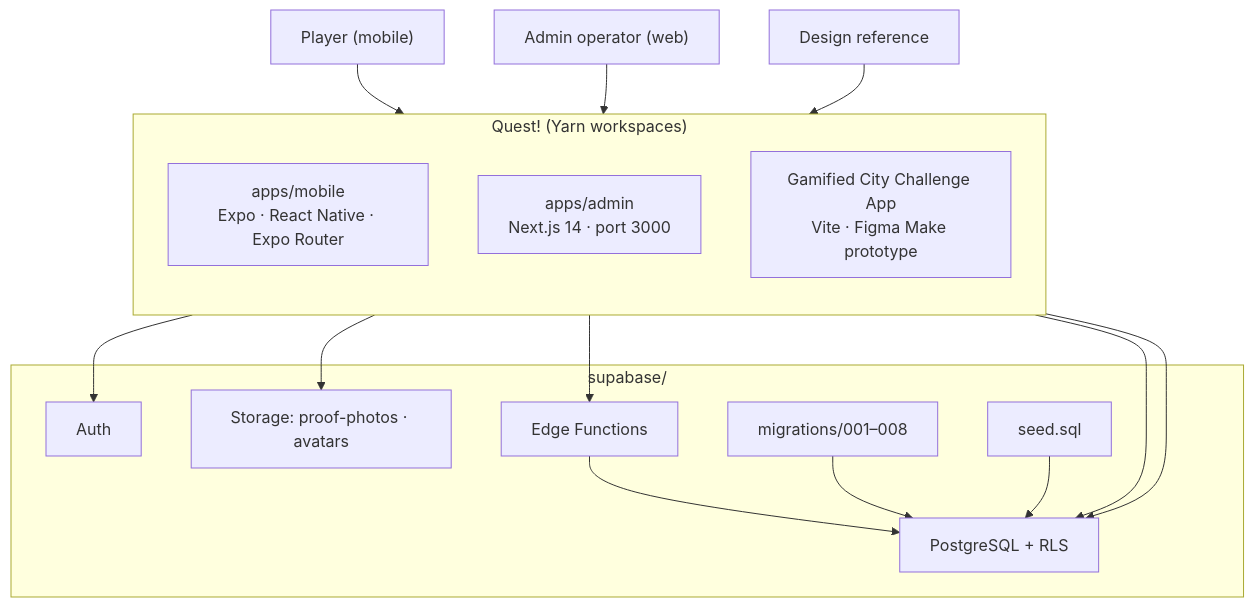
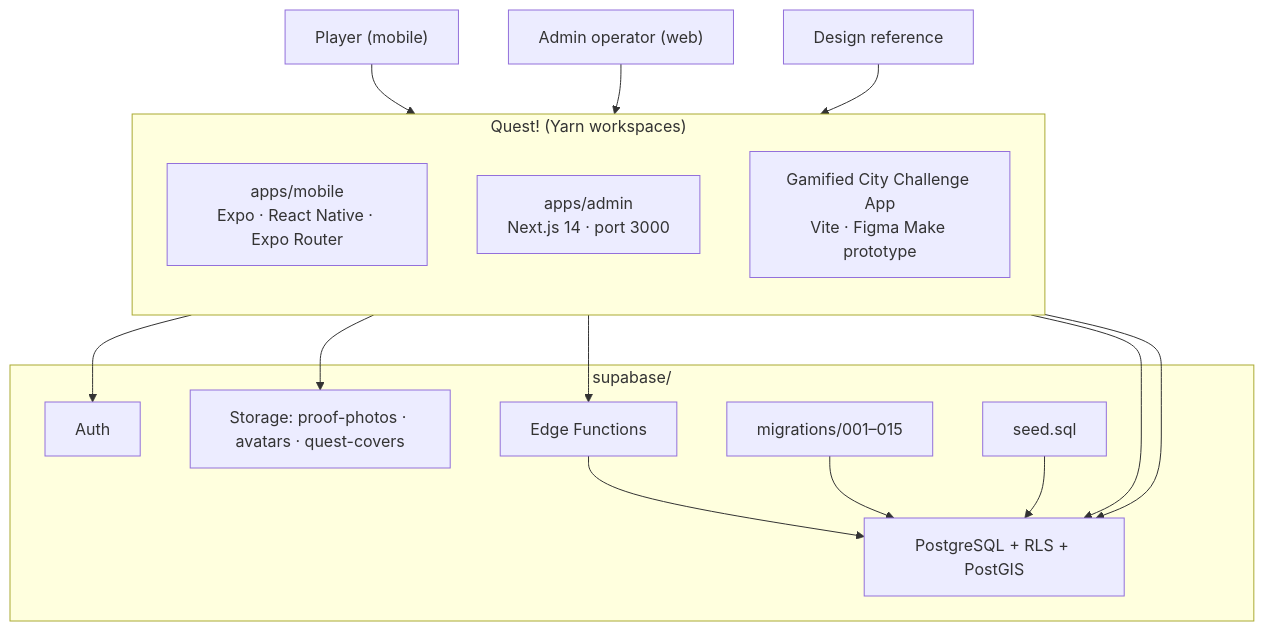
The first of 6 diagrams in ARCHITECTURE.md (Rahilyw/Quest), drawn with Mermaid before and after one commit. The commit also changed other lines of this file and 8 other files, not shown here.

````diff
--- a/ARCHITECTURE.md
+++ b/ARCHITECTURE.md
@@ -7,32 +7,32 @@
 ```mermaid
 flowchart TB
     subgraph Monorepo["Quest! (Yarn workspaces)"]
         direction TB
         Mobile["apps/mobile<br/>Expo · React Native · Expo Router"]
         Admin["apps/admin<br/>Next.js 14 · port 3000"]
         Prototype["Gamified City Challenge App<br/>Vite · Figma Make prototype"]
     end
 
     subgraph Supabase["supabase/"]
         Auth["Auth"]
-        DB["PostgreSQL + RLS"]
-        Storage["Storage: proof-photos · avatars"]
+        DB["PostgreSQL + RLS + PostGIS"]
+        Storage["Storage: proof-photos · avatars · quest-covers"]
         Edge["Edge Functions"]
-        Migrations["migrations/001–008"]
+        Migrations["migrations/001–015"]
         Seed["seed.sql"]
     end
 
     Player["Player (mobile)"] --> Mobile
     Operator["Admin operator (web)"] --> Admin
     Designer["Design reference"] --> Prototype
 
     Mobile --> Auth
     Mobile --> DB
     Mobile --> Storage
     Admin --> DB
     Admin --> Edge
 
     Edge --> DB
     Migrations --> DB
     Seed --> DB
 ```
````
